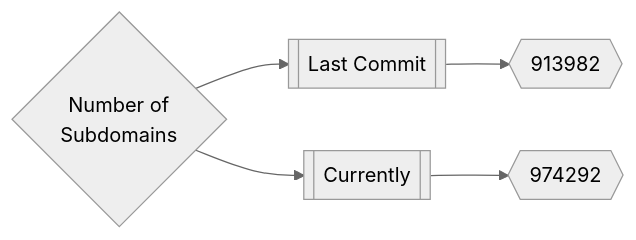
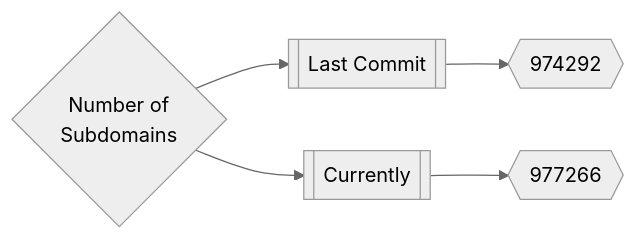
One commit to trickest/inventory changed the first of 3 diagrams in README.md. Above: the diagram before and after it, drawn with Mermaid (neutral theme). The commit also changed other lines of this file, not shown here.

Commit message:
Update README.md Mon Jul 25 01:50:56 UTC 2022

````diff
--- a/README.md
+++ b/README.md
@@ -167,5 +167,5 @@
 ```mermaid
 graph LR
-title{Number of<br>Subdomains} --> subdomainsDate1[[Last Commit]] --> subdomainsNum1{{913982}}
-title --> subdomainsDate2[[Currently]] --> subdomainsNum2{{974292}}
+title{Number of<br>Subdomains} --> subdomainsDate1[[Last Commit]] --> subdomainsNum1{{974292}}
+title --> subdomainsDate2[[Currently]] --> subdomainsNum2{{977266}}
 ```
````
